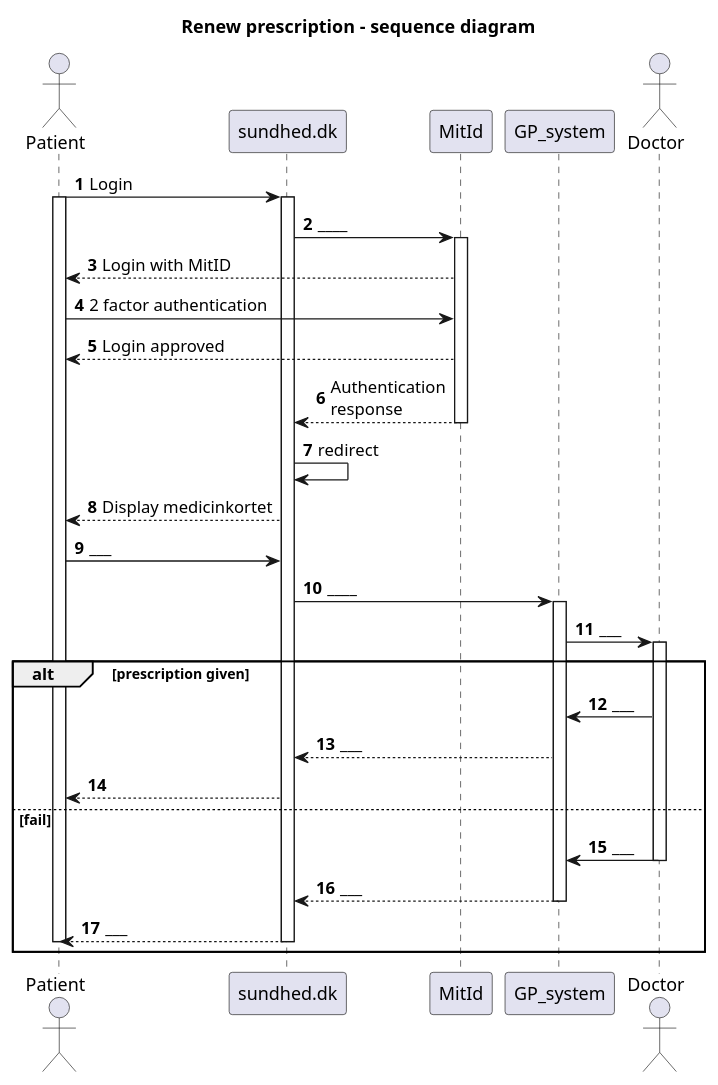
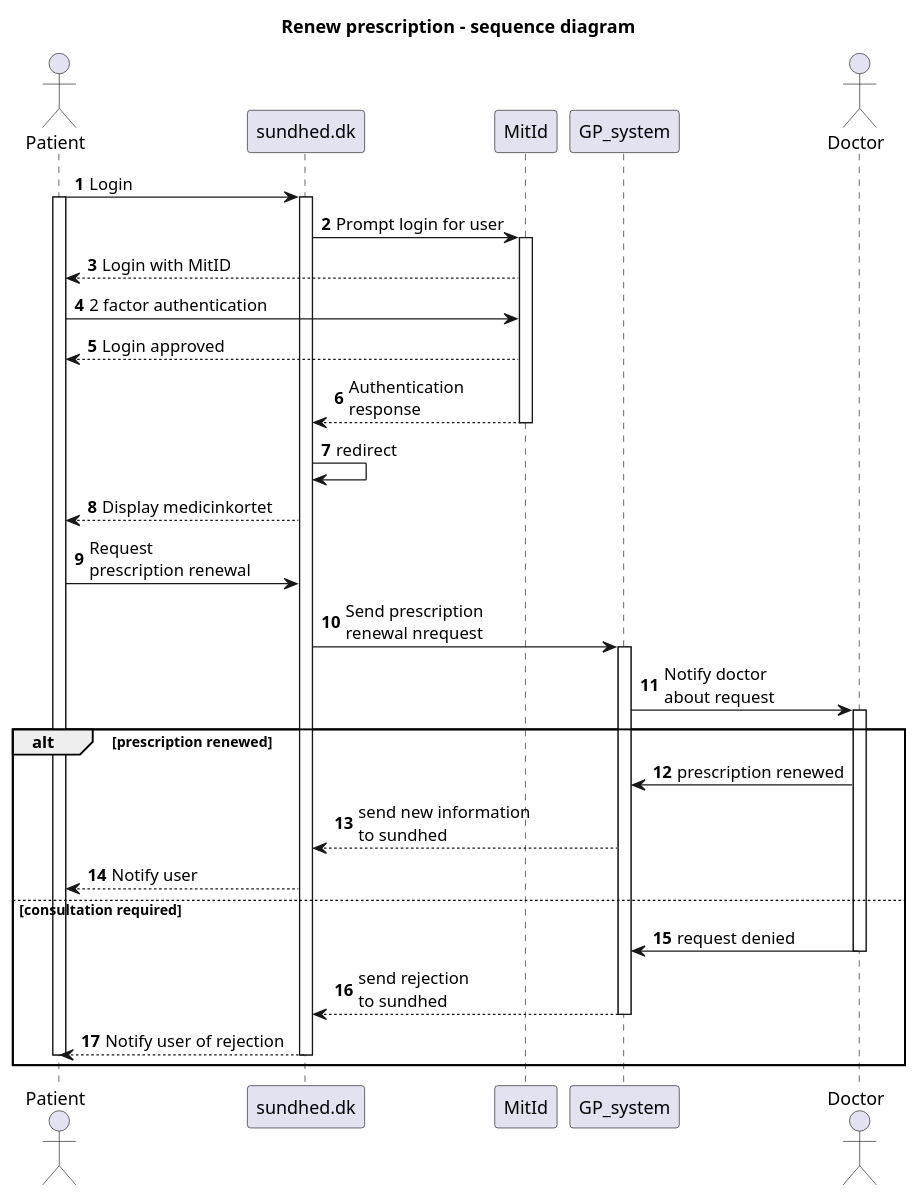
One commit to smewsh/electronic-health-record changed the diagram in uml/sequence_diagram/renew_prescription.puml. Above: the diagram before and after it, drawn with PlantUML.

Commit message:
First completed draft for prescription renewal
Everything added for sequence diagram. This should be fine.

```diff
--- a/uml/sequence_diagram/renew_prescription.puml
+++ b/uml/sequence_diagram/renew_prescription.puml
@@ -1,71 +1,71 @@
 @startuml
 
 title Renew prescription - sequence diagram
 
 actor Patient as patient
 
 participant sundhed.dk as sundhed
 
 participant MitId as mitid
 
 participant GP_system as gpsystem
 
 actor Doctor as doctor
 
 
 autonumber
 
 patient -> sundhed : Login
 activate patient
 activate sundhed
 
-sundhed -> mitid : ____
+sundhed -> mitid : Prompt login for user
 activate mitid
 
 mitid --> patient : Login with MitID
 
 
 patient -> mitid : 2 factor authentication
 
 mitid --> patient : Login approved
 
 mitid --> sundhed : Authentication\nresponse
 deactivate mitid
 
 sundhed -> sundhed : redirect
 
 sundhed --> patient : Display medicinkortet
 
-patient -> sundhed : ___
+patient -> sundhed : Request\nprescription renewal
 
-sundhed -> gpsystem : ____
+sundhed -> gpsystem : Send prescription\nrenewal nrequest
 activate gpsystem
 
-gpsystem -> doctor : ___
+gpsystem -> doctor : Notify doctor\nabout request
 activate doctor
 
 
 
-alt prescription given
-    doctor -> gpsystem : ___
+alt prescription renewed
+    doctor -> gpsystem : prescription renewed
 
-    gpsystem --> sundhed : ___
+    gpsystem --> sundhed : send new information\nto sundhed
 
-    sundhed --> patient :
+    sundhed --> patient : Notify user
 
 
-else fail
-    doctor -> gpsystem : ___
+else consultation required
+    doctor -> gpsystem : request denied
     deactivate doctor
 
-    gpsystem --> sundhed : ___
+    gpsystem --> sundhed : send rejection\nto sundhed
     deactivate gpsystem
 
-    sundhed --> patient : ___
+    sundhed --> patient : Notify user of rejection
     deactivate sundhed
     deactivate patient
 
 end
 
 
 @enduml
```
